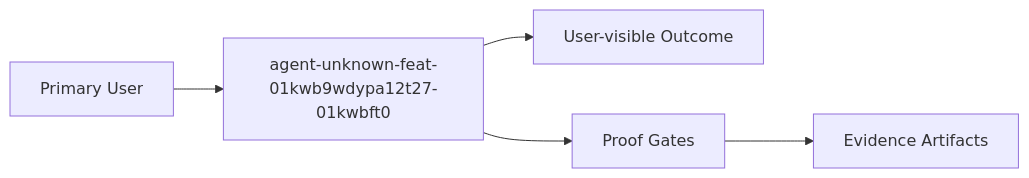
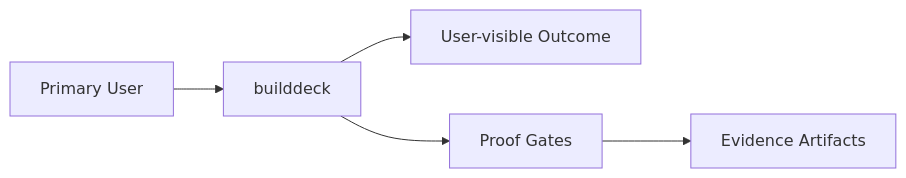
One commit to alexhraber/builddeck changed the diagram in .decapod/generated/specs/INTENT.md. Above: the diagram before and after it, drawn with Mermaid. The commit also changed other lines of this file and 6 other files, not shown here.

````diff
--- a/.decapod/generated/specs/INTENT.md
+++ b/.decapod/generated/specs/INTENT.md
@@ -15,7 +15,7 @@
 ```mermaid
 flowchart LR
-  U[Primary User] --> P[agent-unknown-feat-01kwb9wdypa12t27-01kwbft0]
+  U[Primary User] --> P[builddeck]
   P --> O[User-visible Outcome]
   P --> G[Proof Gates]
   G --> E[Evidence Artifacts]
 ```
````
